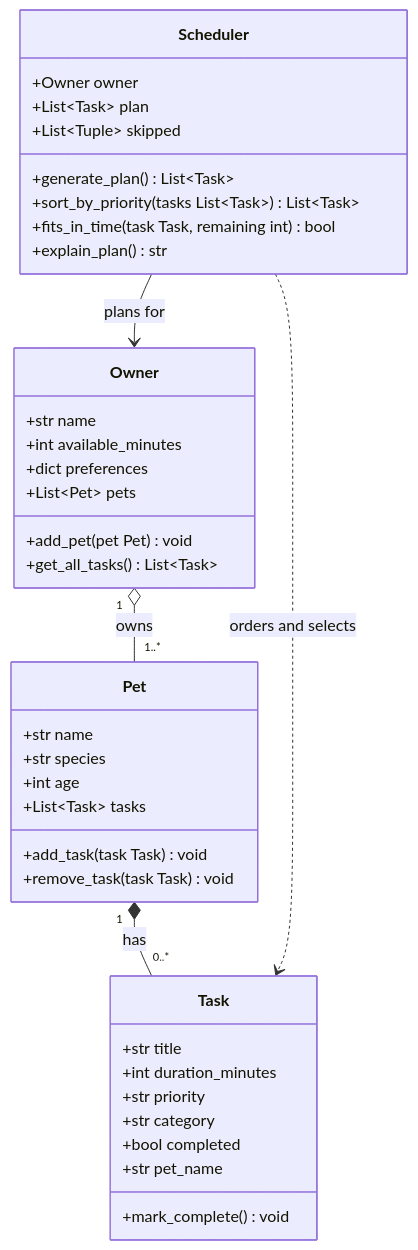
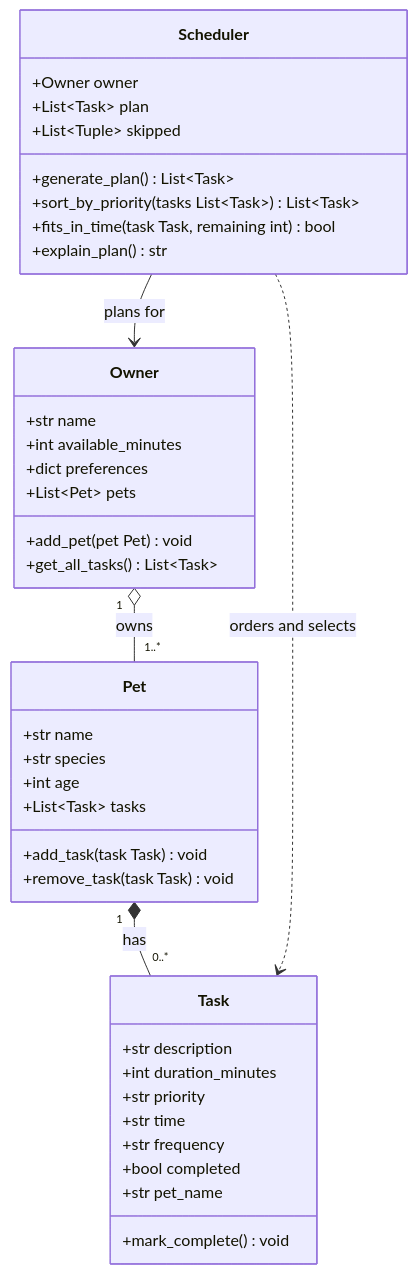
Before and after one commit to ThePurpleClub/ai110-module2show-pawpal-starter: the diagram in diagrams/uml.mmd, drawn with Mermaid. The commit also changed 3 other files, not shown here.

```diff
--- a/diagrams/uml.mmd
+++ b/diagrams/uml.mmd
@@ -1,43 +1,44 @@
 classDiagram
     class Owner {
         +str name
         +int available_minutes
         +dict preferences
         +List~Pet~ pets
         +add_pet(pet Pet) void
         +get_all_tasks() List~Task~
     }
 
     class Pet {
         +str name
         +str species
         +int age
         +List~Task~ tasks
         +add_task(task Task) void
         +remove_task(task Task) void
     }
 
     class Task {
-        +str title
+        +str description
         +int duration_minutes
         +str priority
-        +str category
+        +str time
+        +str frequency
         +bool completed
         +str pet_name
         +mark_complete() void
     }
 
     class Scheduler {
         +Owner owner
         +List~Task~ plan
         +List~Tuple~ skipped
         +generate_plan() List~Task~
         +sort_by_priority(tasks List~Task~) List~Task~
         +fits_in_time(task Task, remaining int) bool
         +explain_plan() str
     }
 
     Owner "1" o-- "1..*" Pet : owns
     Pet "1" *-- "0..*" Task : has
     Scheduler --> Owner : plans for
     Scheduler ..> Task : orders and selects
```
